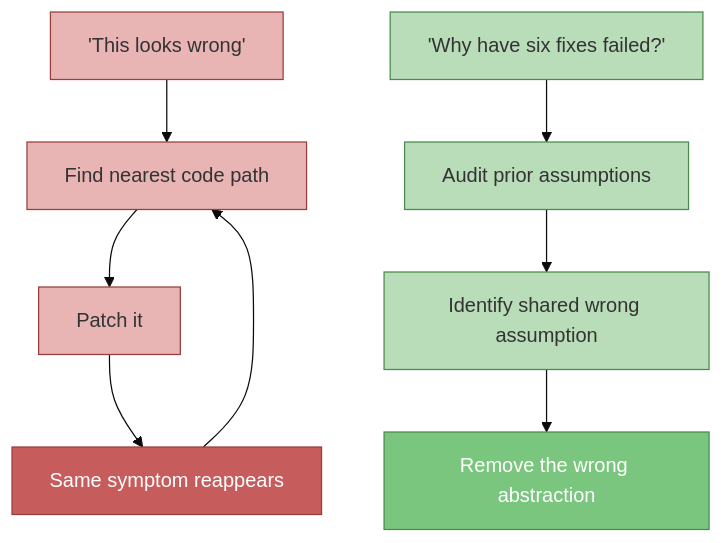
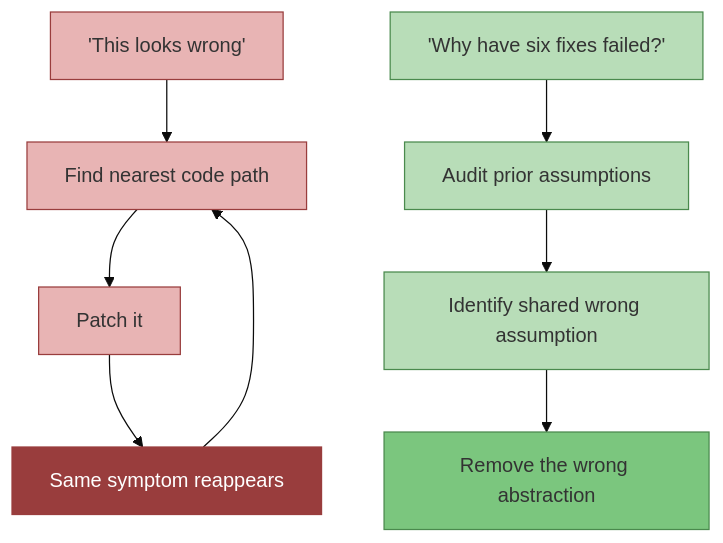
The fifth of 5 diagrams in src/content/blog/six-prs-one-bug-agent-failure-modes.md (nathanjohnpayne/nathanpaynedotcom), drawn with Mermaid (base theme) before and after one commit. The commit also changed other lines of this file and 15 other files, not shown here.

Commit message:
fix(mermaid): enforce accessible label contrast (#748) (#750)

````diff
--- a/src/content/blog/six-prs-one-bug-agent-failure-modes.md
+++ b/src/content/blog/six-prs-one-bug-agent-failure-modes.md
@@ -391,20 +391,20 @@
 ```mermaid title="Symptom framing versus invariant framing" description="Symptom framing loops from the nearest code path through another patch and the same recurring symptom; invariant framing audits prior assumptions, identifies the shared error, and removes the wrong abstraction."
 graph TD
     S1["'This looks wrong'"] --> S2["Find nearest code path"]
     S2 --> S3["Patch it"]
     S3 --> S4["Same symptom reappears"]
     S4 --> S2
 
     I1["'Why have six fixes failed?'"] --> I2["Audit prior assumptions"]
     I2 --> I3["Identify shared wrong assumption"]
     I3 --> I4["Remove the wrong abstraction"]
 
     style S1 fill:#e8b4b4,stroke:#993d3d,color:#333
     style S2 fill:#e8b4b4,stroke:#993d3d,color:#333
     style S3 fill:#e8b4b4,stroke:#993d3d,color:#333
-    style S4 fill:#c75c5c,stroke:#993d3d,color:#fff
+    style S4 fill:#993d3d,stroke:#993d3d,color:#fff
     style I1 fill:#b8ddb8,stroke:#4a8a4d,color:#333
     style I2 fill:#b8ddb8,stroke:#4a8a4d,color:#333
     style I3 fill:#b8ddb8,stroke:#4a8a4d,color:#333
-    style I4 fill:#7bc67e,stroke:#4a8a4d,color:#fff
+    style I4 fill:#7bc67e,stroke:#4a8a4d,color:#333
 ```
````
